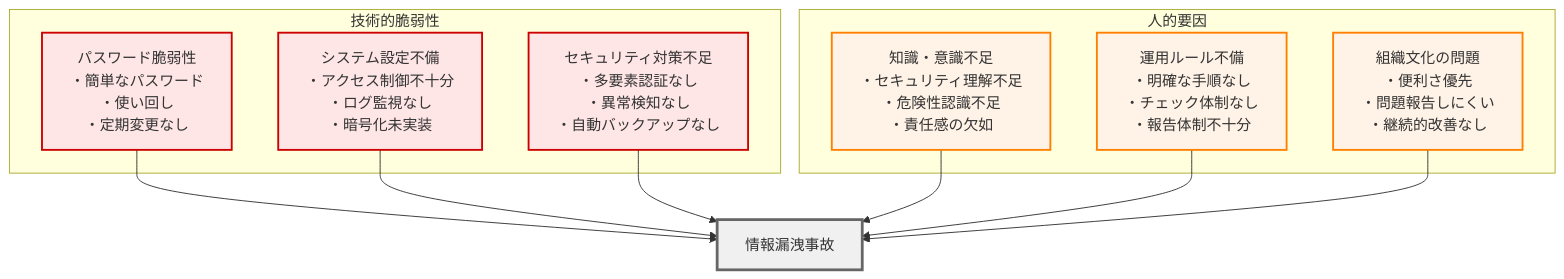
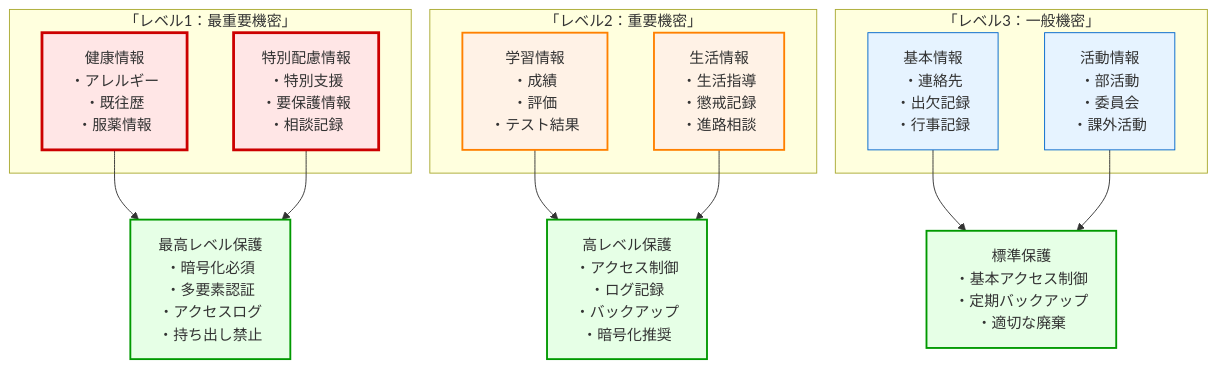
The second of 6 diagrams in books/d87165478af519/chapter11.md (nahisaho/zenn-writing-collection), drawn with Mermaid before and after one commit. The commit also changed other lines of this file and 17 other files, not shown here.

````diff
--- a/books/d87165478af519/chapter11.md
+++ b/books/d87165478af519/chapter11.md
@@ -319,29 +178,36 @@
 ```mermaid
 graph TB
-    subgraph 技術的脆弱性
-        T1[パスワード脆弱性<br/>・簡単なパスワード<br/>・使い回し<br/>・定期変更なし]
-        T2[システム設定不備<br/>・アクセス制御不十分<br/>・ログ監視なし<br/>・暗号化未実装]
-        T3[セキュリティ対策不足<br/>・多要素認証なし<br/>・異常検知なし<br/>・自動バックアップなし]
+    subgraph Level1[「レベル1：最重要機密」]
+        L1A[健康情報<br/>・アレルギー<br/>・既往歴<br/>・服薬情報]
+        L1B[特別配慮情報<br/>・特別支援<br/>・要保護情報<br/>・相談記録]
     end
     
-    subgraph 人的要因
-        H1[知識・意識不足<br/>・セキュリティ理解不足<br/>・危険性認識不足<br/>・責任感の欠如]
-        H2[運用ルール不備<br/>・明確な手順なし<br/>・チェック体制なし<br/>・報告体制不十分]
-        H3[組織文化の問題<br/>・便利さ優先<br/>・問題報告しにくい<br/>・継続的改善なし]
+    subgraph Level2[「レベル2：重要機密」]
+        L2A[学習情報<br/>・成績<br/>・評価<br/>・テスト結果]
+        L2B[生活情報<br/>・生活指導<br/>・懲戒記録<br/>・進路相談]
     end
     
-    T1 --> L[情報漏洩事故]
-    T2 --> L
-    T3 --> L
-    H1 --> L
-    H2 --> L
-    H3 --> L
+    subgraph Level3[「レベル3：一般機密」]
+        L3A[基本情報<br/>・連絡先<br/>・出欠記録<br/>・行事記録]
+        L3B[活動情報<br/>・部活動<br/>・委員会<br/>・課外活動]
+    end
     
-    classDef technical fill:#ffe6e6,stroke:#cc0000,stroke-width:2px
-    classDef human fill:#fff2e6,stroke:#ff8000,stroke-width:2px
-    classDef leak fill:#f0f0f0,stroke:#666666,stroke-width:3px
+    L1A --> P1[最高レベル保護<br/>・暗号化必須<br/>・多要素認証<br/>・アクセスログ<br/>・持ち出し禁止]
+    L1B --> P1
     
-    class T1,T2,T3 technical
-    class H1,H2,H3 human
-    class L leak
+    L2A --> P2[高レベル保護<br/>・アクセス制御<br/>・ログ記録<br/>・バックアップ<br/>・暗号化推奨]
+    L2B --> P2
+    
+    L3A --> P3[標準保護<br/>・基本アクセス制御<br/>・定期バックアップ<br/>・適切な廃棄]
+    L3B --> P3
+    
+    classDef level1 fill:#ffe6e6,stroke:#cc0000,stroke-width:3px
+    classDef level2 fill:#fff2e6,stroke:#ff8000,stroke-width:2px
+    classDef level3 fill:#e6f3ff,stroke:#0066cc,stroke-width:1px
+    classDef protection fill:#e6ffe6,stroke:#009900,stroke-width:2px
+    
+    class L1A,L1B level1
+    class L2A,L2B level2
+    class L3A,L3B level3
+    class P1,P2,P3 protection
 ```
````
